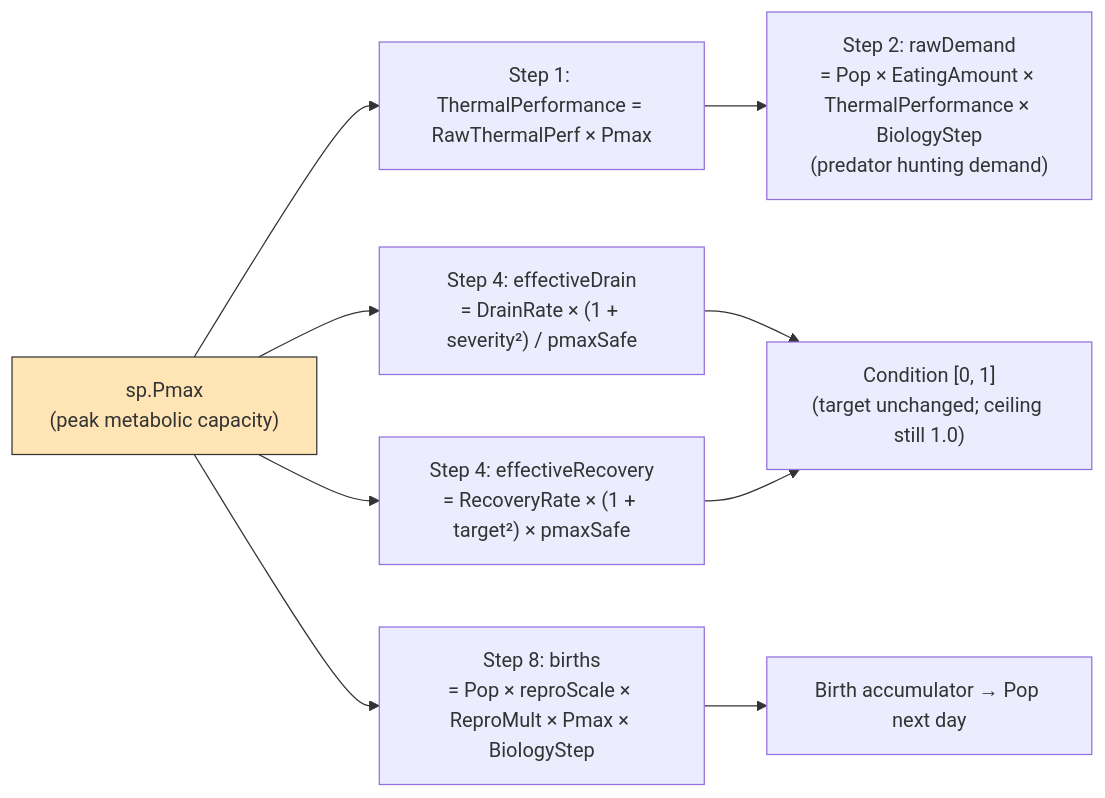
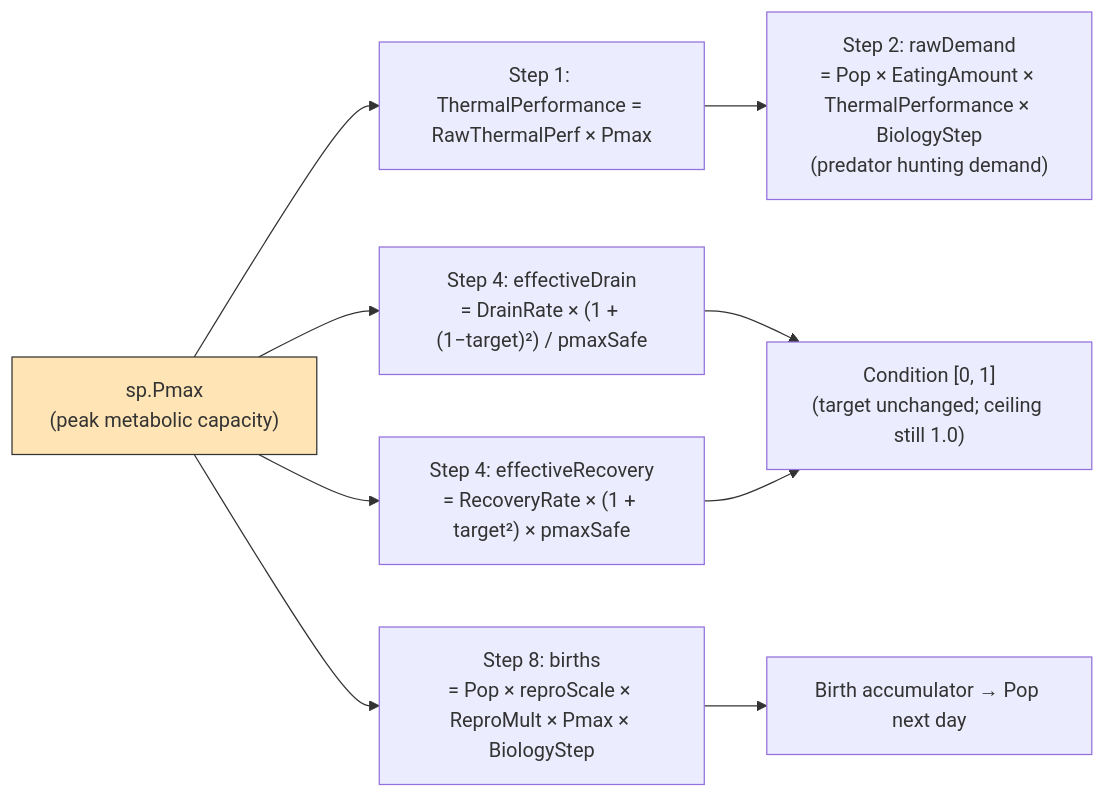
The diagram in docs/diagrams/pmax-flow.md (Ghostlab-Studios/tinysea), drawn with Mermaid before and after one commit. The commit also changed other lines of this file and 56 other files, not shown here.

````diff
--- a/docs/diagrams/pmax-flow.md
+++ b/docs/diagrams/pmax-flow.md
@@ -7,14 +7,14 @@
 ```mermaid
 flowchart LR
     Pmax["sp.Pmax<br/>(peak metabolic capacity)"] --> S1["Step 1: ThermalPerformance = RawThermalPerf × Pmax"]
-    Pmax --> S4a["Step 4: effectiveDrain<br/>= DrainRate × (1 + severity²) / pmaxSafe"]
+    Pmax --> S4a["Step 4: effectiveDrain<br/>= DrainRate × (1 + (1−target)²) / pmaxSafe"]
     Pmax --> S4b["Step 4: effectiveRecovery<br/>= RecoveryRate × (1 + target²) × pmaxSafe"]
     Pmax --> S8["Step 8: births<br/>= Pop × reproScale × ReproMult × Pmax × BiologyStep"]
 
     S1 --> S2["Step 2: rawDemand<br/>= Pop × EatingAmount × ThermalPerformance × BiologyStep<br/>(predator hunting demand)"]
     S4a --> Cond["Condition [0, 1]<br/>(target unchanged; ceiling still 1.0)"]
     S4b --> Cond
     S8 --> Births[Birth accumulator → Pop next day]
 
     style Pmax fill:#ffe4b5,stroke:#333
 ```
````
